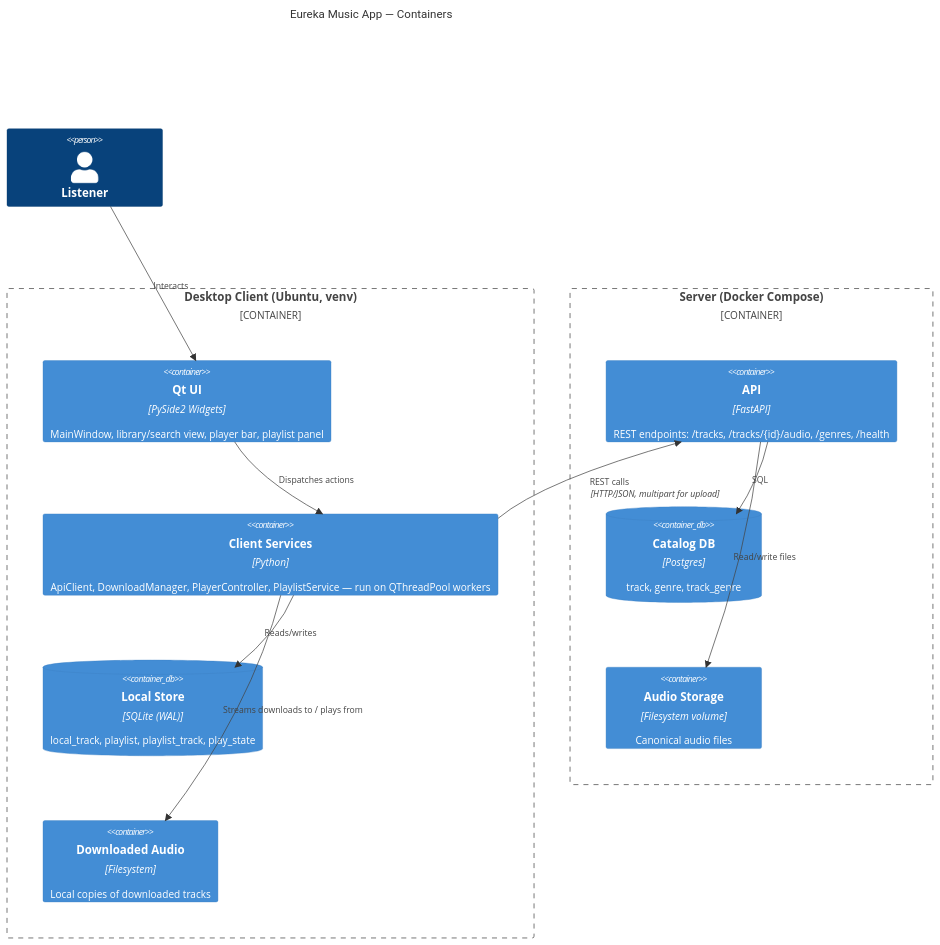
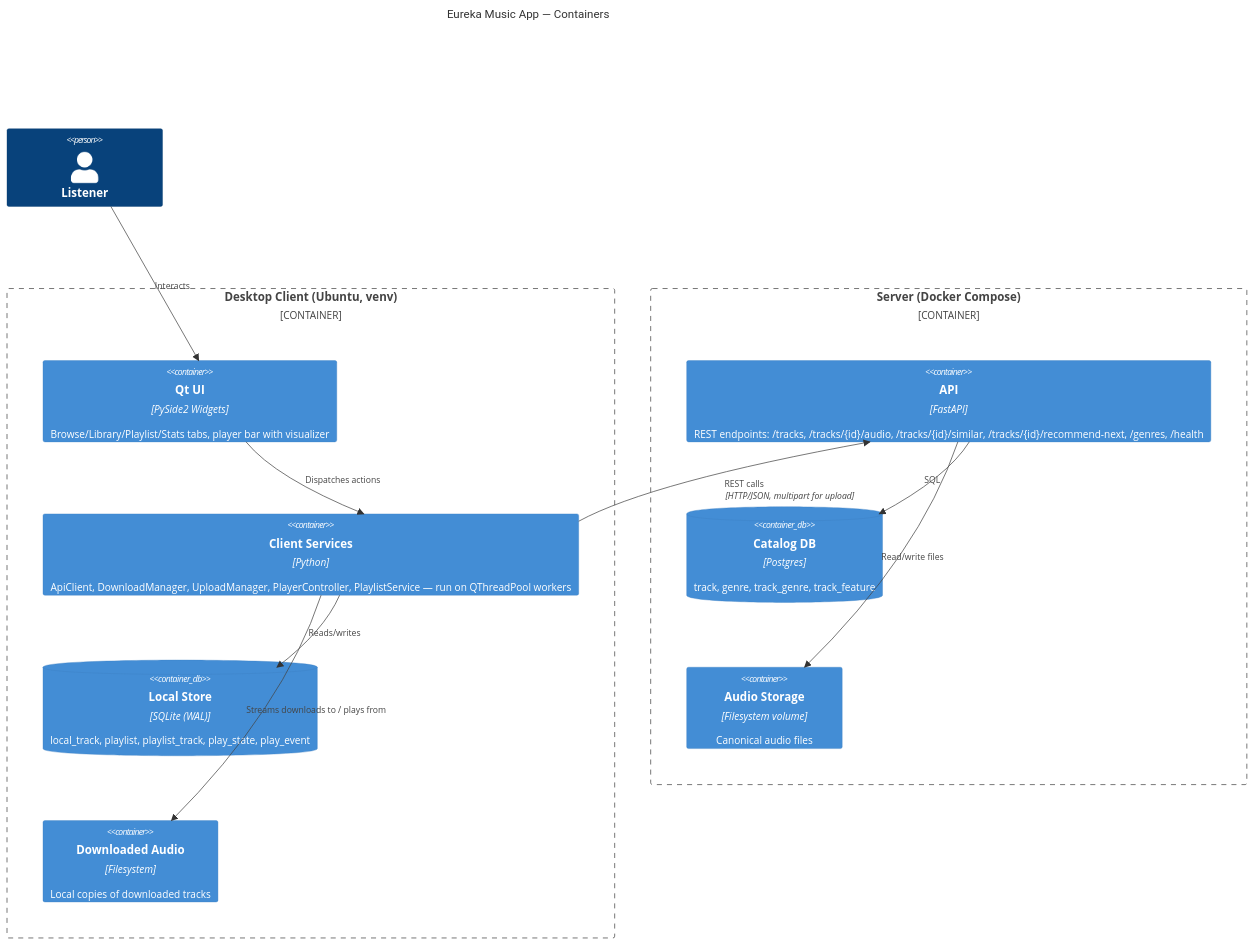
Before and after one commit to Ya5irk/eureka-music-app: the diagram in docs/diagrams/container.md, drawn with Mermaid. The commit also changed 2 other files, not shown here.

Commit message:
docs: fix stale test count and diagrams

````diff
--- a/docs/diagrams/container.md
+++ b/docs/diagrams/container.md
@@ -3,27 +3,27 @@
 ```mermaid
 C4Container
     title Eureka Music App — Containers
 
     Person(user, "Listener")
 
     Container_Boundary(clientBoundary, "Desktop Client (Ubuntu, venv)") {
-        Container(ui, "Qt UI", "PySide2 Widgets", "MainWindow, library/search view, player bar, playlist panel")
-        Container(services, "Client Services", "Python", "ApiClient, DownloadManager, PlayerController, PlaylistService — run on QThreadPool workers")
-        ContainerDb(clientdb, "Local Store", "SQLite (WAL)", "local_track, playlist, playlist_track, play_state")
+        Container(ui, "Qt UI", "PySide2 Widgets", "Browse/Library/Playlist/Stats tabs, player bar with visualizer")
+        Container(services, "Client Services", "Python", "ApiClient, DownloadManager, UploadManager, PlayerController, PlaylistService — run on QThreadPool workers")
+        ContainerDb(clientdb, "Local Store", "SQLite (WAL)", "local_track, playlist, playlist_track, play_state, play_event")
         Container(files, "Downloaded Audio", "Filesystem", "Local copies of downloaded tracks")
     }
 
     Container_Boundary(serverBoundary, "Server (Docker Compose)") {
-        Container(api, "API", "FastAPI", "REST endpoints: /tracks, /tracks/{id}/audio, /genres, /health")
-        ContainerDb(db, "Catalog DB", "Postgres", "track, genre, track_genre")
+        Container(api, "API", "FastAPI", "REST endpoints: /tracks, /tracks/{id}/audio, /tracks/{id}/similar, /tracks/{id}/recommend-next, /genres, /health")
+        ContainerDb(db, "Catalog DB", "Postgres", "track, genre, track_genre, track_feature")
         Container(storage, "Audio Storage", "Filesystem volume", "Canonical audio files")
     }
 
     Rel(user, ui, "Interacts")
     Rel(ui, services, "Dispatches actions")
     Rel(services, clientdb, "Reads/writes")
     Rel(services, files, "Streams downloads to / plays from")
     Rel(services, api, "REST calls", "HTTP/JSON, multipart for upload")
     Rel(api, db, "SQL")
     Rel(api, storage, "Read/write files")
 ```
````
